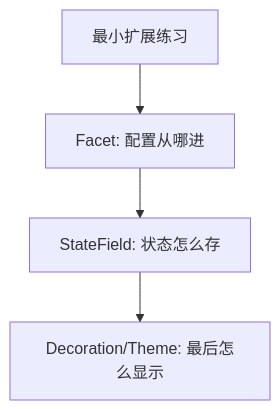
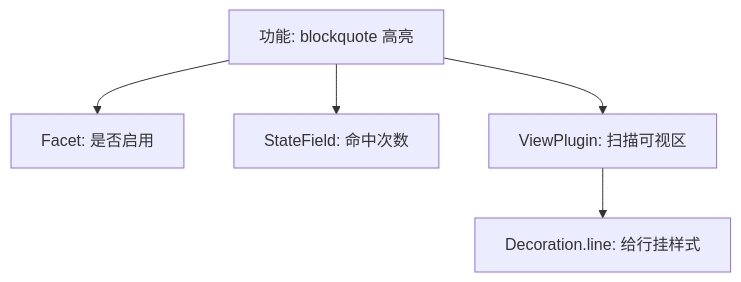
Before and after one commit to swarm-apps/SwarmNote: the diagram in dev-notes/cm6-from-0-to-1/07-自己写一个最小-CM6-扩展.md, drawn with Mermaid. The commit also changed other lines of this file and 9 other files, not shown here.

````diff
--- a/dev-notes/cm6-from-0-to-1/07-自己写一个最小-CM6-扩展.md
+++ b/dev-notes/cm6-from-0-to-1/07-自己写一个最小-CM6-扩展.md
@@ -23,6 +25,7 @@
 ```mermaid
 graph TD
-    A[最小扩展练习] --> B[Facet: 配置从哪进]
-    B --> C[StateField: 状态怎么存]
-    C --> D[Decoration/Theme: 最后怎么显示]
+    A[功能: blockquote 高亮] --> B[Facet: 是否启用]
+    A --> C[StateField: 命中次数]
+    A --> D[ViewPlugin: 扫描可视区]
+    D --> E[Decoration.line: 给行挂样式]
 ```
````
